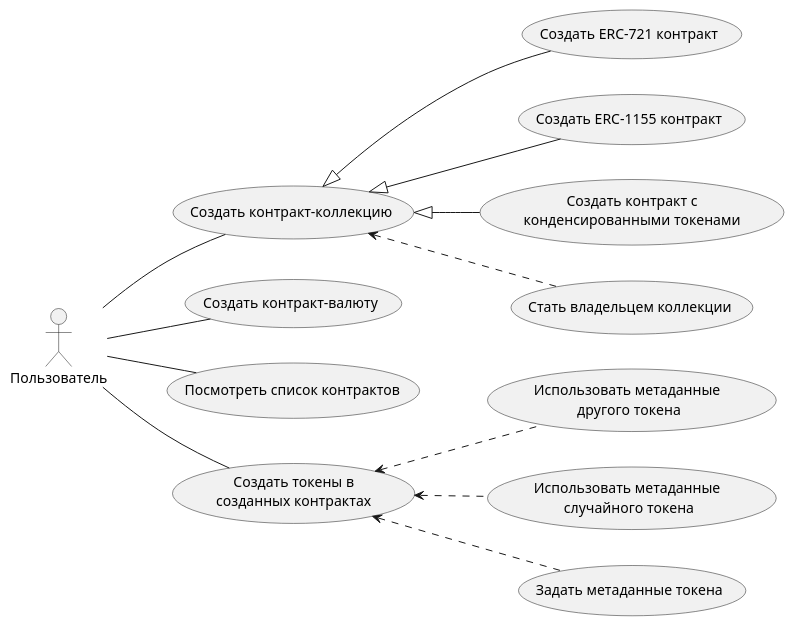
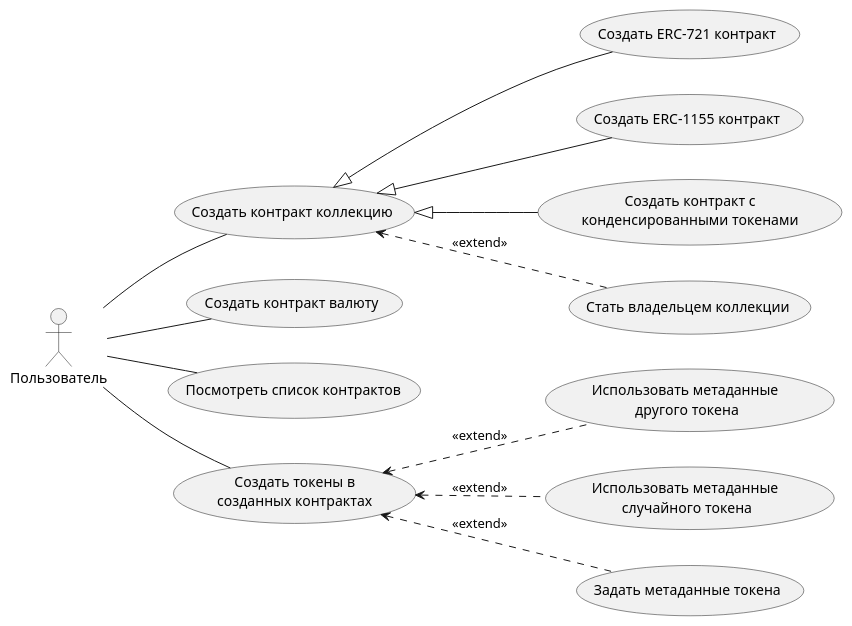
One commit to 1frag/nft-factory-v1 changed the diagram in diagrams/use-cases.puml. Above: the diagram before and after it, drawn with PlantUML. The commit also changed 7 other files, not shown here.

Commit message:
Add diagrams for english

```diff
--- a/diagrams/use-cases.puml
+++ b/diagrams/use-cases.puml
@@ -1,16 +1,28 @@
 @startuml
 left to right direction
 
 user as "Пользователь"
-user -- (Создать контракт-коллекцию)
-(Создать контракт-коллекцию) <|-- (Создать ERC-721 контракт)
-(Создать контракт-коллекцию) <|-- (Создать ERC-1155 контракт)
-(Создать контракт-коллекцию) <|-- (Создать контракт с\nконденсированными токенами)
-(Создать контракт-коллекцию) <.. (Стать владельцем коллекции)
-user -- (Создать контракт-валюту)
-user -- (Посмотреть список контрактов)
-user -- (Создать токены в\nсозданных контрактах)
-(Создать токены в\nсозданных контрактах) <.. (Использовать метаданные \nдругого токена)
-(Создать токены в\nсозданных контрактах) <.. (Использовать метаданные \nслучайного токена)
-(Создать токены в\nсозданных контрактах) <.. (Задать метаданные токена)
+(Создать контракт коллекцию) as create_collection
+(Создать ERC-721 контракт) as create721
+(Создать ERC-1155 контракт) as create1155
+(Создать контракт с\nконденсированными токенами) as create_condensed
+(Стать владельцем коллекции) as be_owner
+(Создать контракт валюту) as create20
+(Посмотреть список контрактов) as list_contracts
+(Создать токены в\nсозданных контрактах) as create_token
+(Использовать метаданные \nдругого токена) as use_metadata_from_diff_token
+(Использовать метаданные \nслучайного токена) as use_metadata_from_random_token
+(Задать метаданные токена) as set_metadata
+
+user -- create_collection
+create_collection <|-- create721
+create_collection <|-- create1155
+create_collection <|-- create_condensed
+create_collection <.. be_owner: ""«extend»""
+user -- create20
+user -- list_contracts
+user -- create_token
+create_token <.. use_metadata_from_diff_token: ""«extend»""
+create_token <.. use_metadata_from_random_token: ""«extend»""
+create_token <.. set_metadata: ""«extend»""
 @enduml
```
